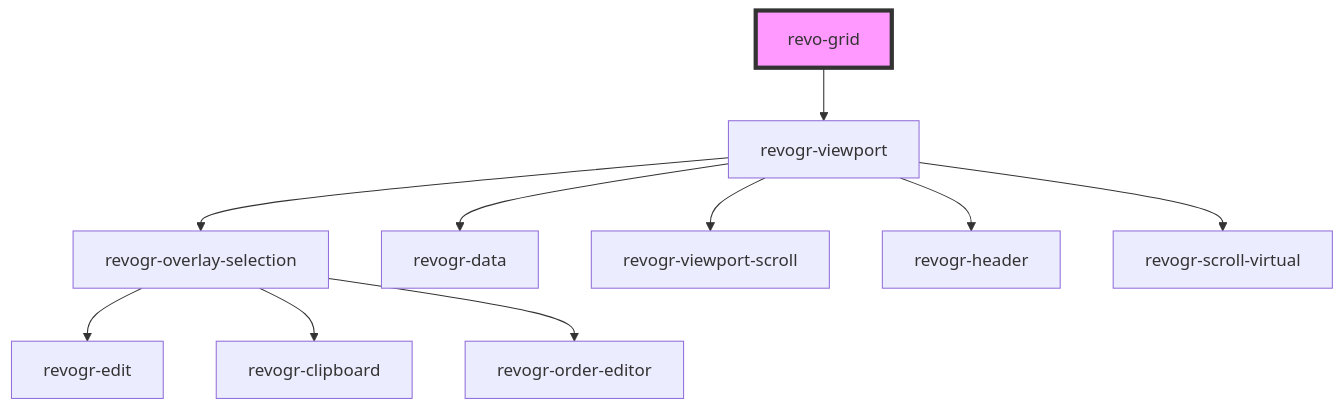
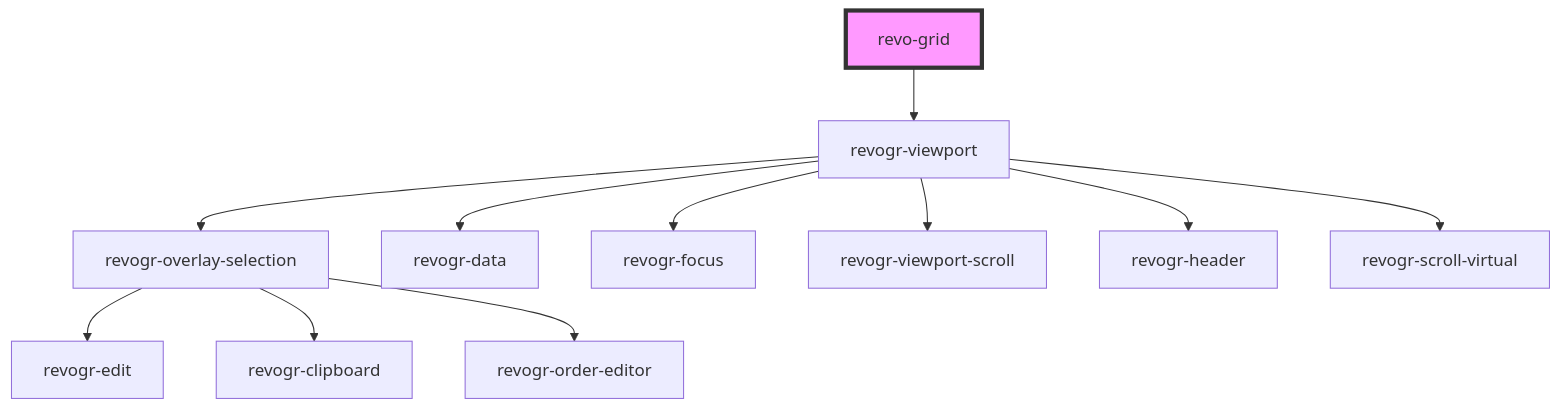
Before and after one commit to revolist/revogrid: the diagram in src/components/revo-grid/readme.md, drawn with Mermaid. The commit also changed other lines of this file and 17 other files, not shown here.

````diff
--- a/src/components/revo-grid/readme.md
+++ b/src/components/revo-grid/readme.md
@@ -116,13 +116,14 @@
 ```mermaid
 graph TD;
   revo-grid --> revogr-viewport
   revogr-viewport --> revogr-overlay-selection
   revogr-viewport --> revogr-data
+  revogr-viewport --> revogr-focus
   revogr-viewport --> revogr-viewport-scroll
   revogr-viewport --> revogr-header
   revogr-viewport --> revogr-scroll-virtual
   revogr-overlay-selection --> revogr-edit
   revogr-overlay-selection --> revogr-clipboard
   revogr-overlay-selection --> revogr-order-editor
   style revo-grid fill:#f9f,stroke:#333,stroke-width:4px
 ```
````
